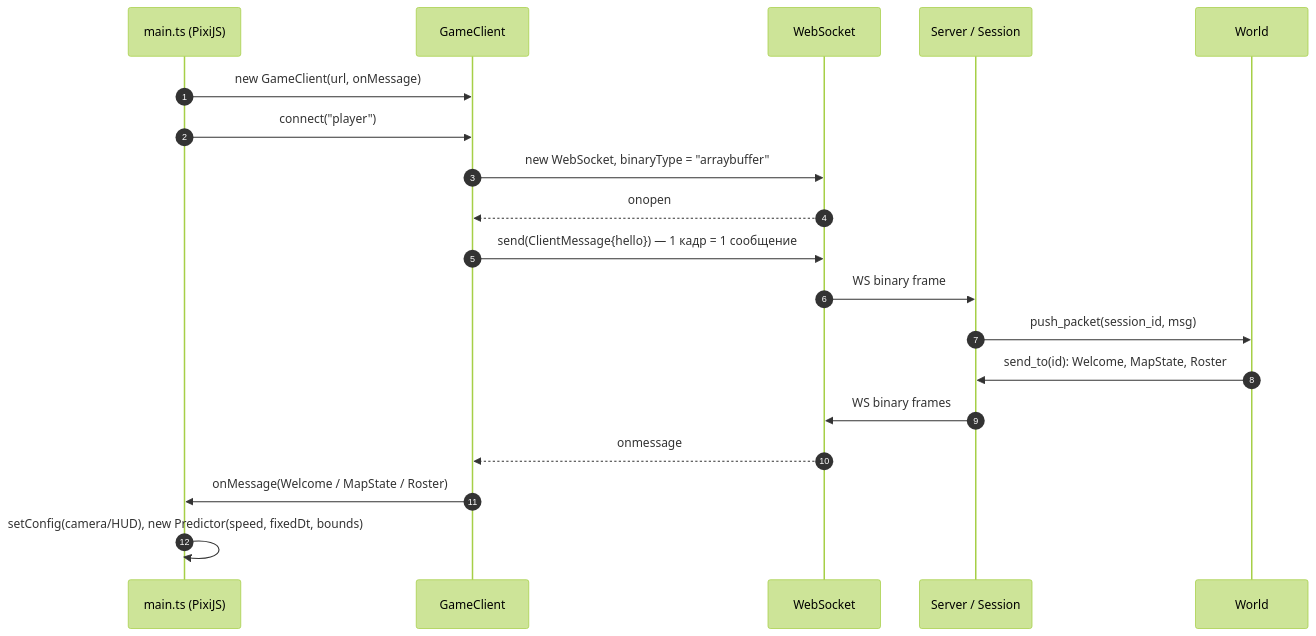
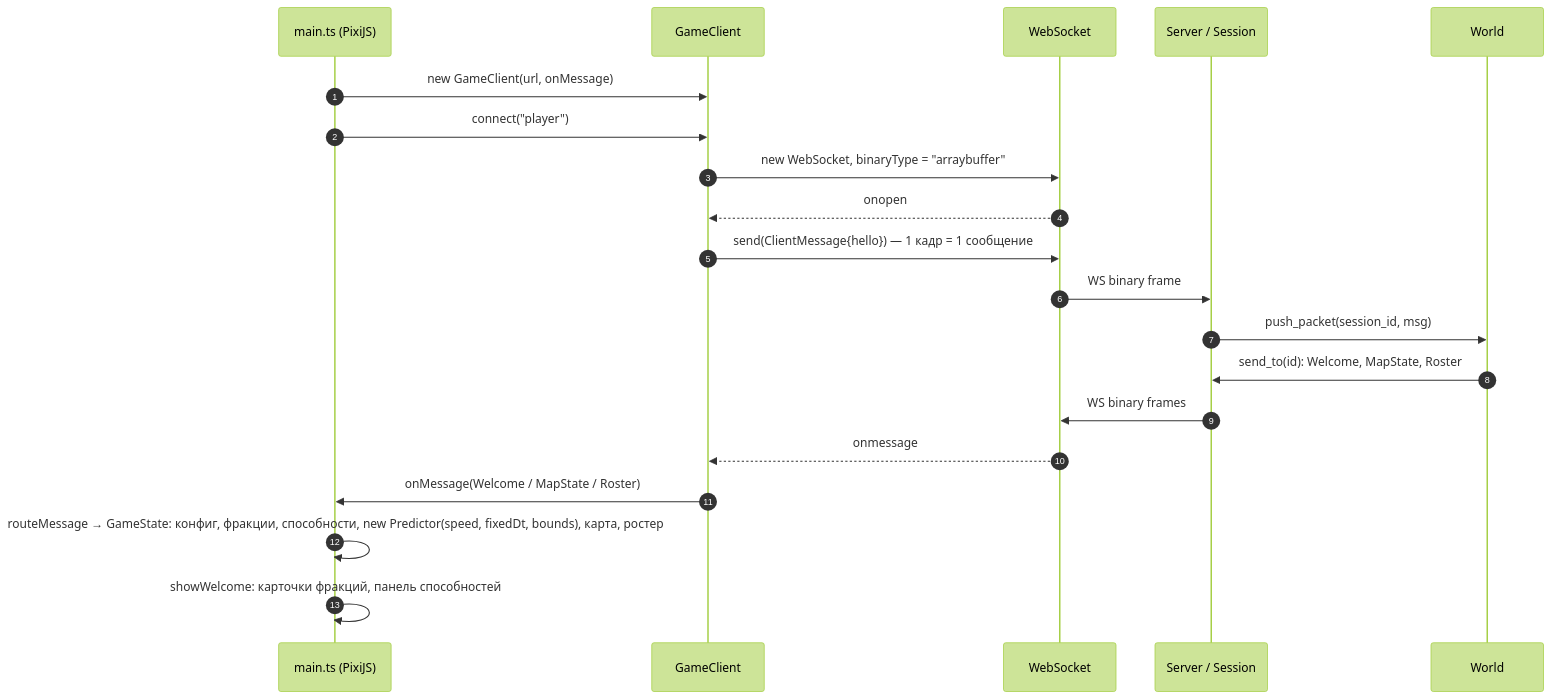
One commit to litcxx/Game changed the first of 3 diagrams in client/docs/sequence-diagram.md. Above: the diagram before and after it, drawn with Mermaid (forest theme). The commit also changed other lines of this file and 1 other file, not shown here.

````diff
--- a/client/docs/sequence-diagram.md
+++ b/client/docs/sequence-diagram.md
@@ -14,22 +14,23 @@
 ```mermaid
 sequenceDiagram
     autonumber
     participant main as main.ts (PixiJS)
     participant net as GameClient
     participant ws as WebSocket
     participant srv as Server / Session
     participant world as World
 
     main->>net: new GameClient(url, onMessage)
     main->>net: connect("player")
     net->>ws: new WebSocket, binaryType = "arraybuffer"
     ws-->>net: onopen
     net->>ws: send(ClientMessage{hello}) — 1 кадр = 1 сообщение
     ws->>srv: WS binary frame
     srv->>world: push_packet(session_id, msg)
     world->>srv: send_to(id): Welcome, MapState, Roster
     srv->>ws: WS binary frames
     ws-->>net: onmessage
     net->>main: onMessage(Welcome / MapState / Roster)
-    main->>main: setConfig(camera/HUD), new Predictor(speed, fixedDt, bounds)
+    main->>main: routeMessage → GameState: конфиг, фракции, способности, new Predictor(speed, fixedDt, bounds), карта, ростер
+    main->>main: showWelcome: карточки фракций, панель способностей
 ```
````
